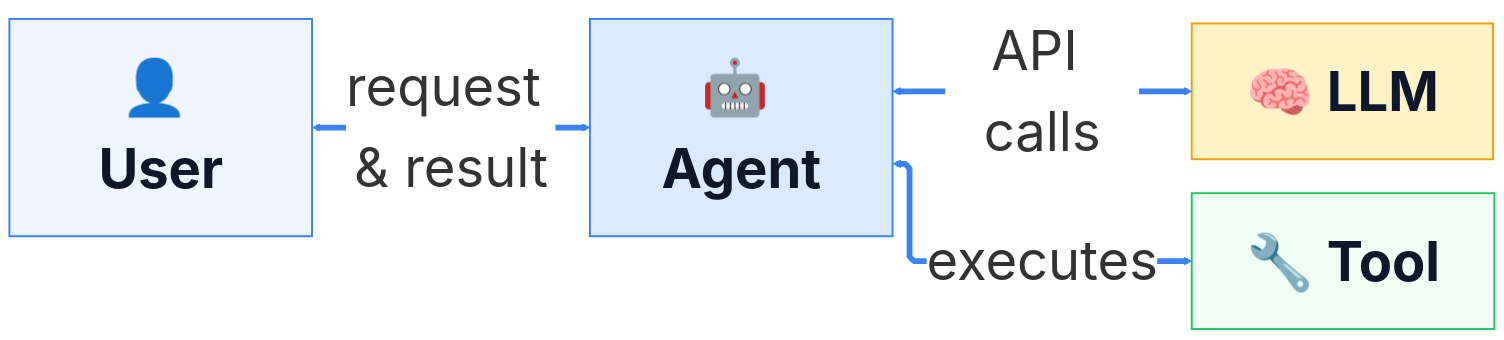
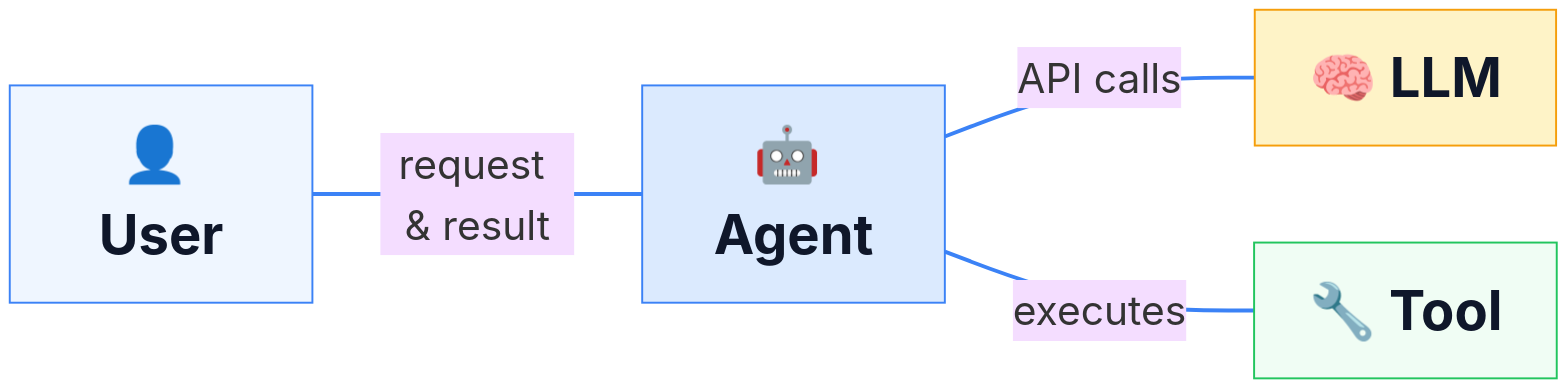
The second of 2 diagrams in slides/m1-ai-in-finance.qmd (kerryback/mgmt675), drawn with Mermaid before and after one commit. The commit also changed other lines of this file and 2 other files, not shown here.

Commit message:
Remove arrowheads from m1 mermaid diagrams, use plain lines

````diff
--- a/slides/m1-ai-in-finance.qmd
+++ b/slides/m1-ai-in-finance.qmd
@@ -161,15 +161,15 @@
 ```{mermaid}
 %%| fig-width: 16
-%%{init: {'theme': 'base', 'themeVariables': {'fontSize': '56px', 'edgeLabelBackground': '#ffffff'}, 'flowchart': {'nodeSpacing': 100, 'rankSpacing': 140, 'padding': 28, 'useMaxWidth': true, 'defaultRenderer': 'elk', 'curve': 'linear', 'diagramPadding': 20}}}%%
+%%{init: {'theme': 'base', 'themeVariables': {'fontSize': '42px'}, 'flowchart': {'nodeSpacing': 100, 'rankSpacing': 140, 'padding': 28, 'useMaxWidth': true}}}%%
 flowchart LR
-  U["<b>👤 User</b>"] <-->|"request & result"| A["<b>🤖 Agent</b>"]
-  A <-->|"API calls"| L["<b>🧠 LLM</b>"]
-  A <-->|"executes"| T["<b>🔧 Tool</b>"]
+  U["<b>👤 User</b>"] ---|"request & result"| A["<b>🤖 Agent</b>"]
+  A ---|"API calls"| L["<b>🧠 LLM</b>"]
+  A ---|"executes"| T["<b>🔧 Tool</b>"]
 
   style U fill:#eff6ff,stroke:#3b82f6,stroke-width:2px,color:#0f172a,font-size:56px,padding:24px
   style A fill:#dbeafe,stroke:#3b82f6,stroke-width:2px,color:#0f172a,font-size:56px,padding:24px
   style L fill:#fef3c7,stroke:#f59e0b,stroke-width:2px,color:#0f172a,font-size:56px,padding:24px
   style T fill:#f0fdf4,stroke:#22c55e,stroke-width:2px,color:#0f172a,font-size:56px,padding:24px
 
-  linkStyle default stroke:#3b82f6,stroke-width:6px
+  linkStyle default stroke:#3b82f6,stroke-width:4px
 ```
````
